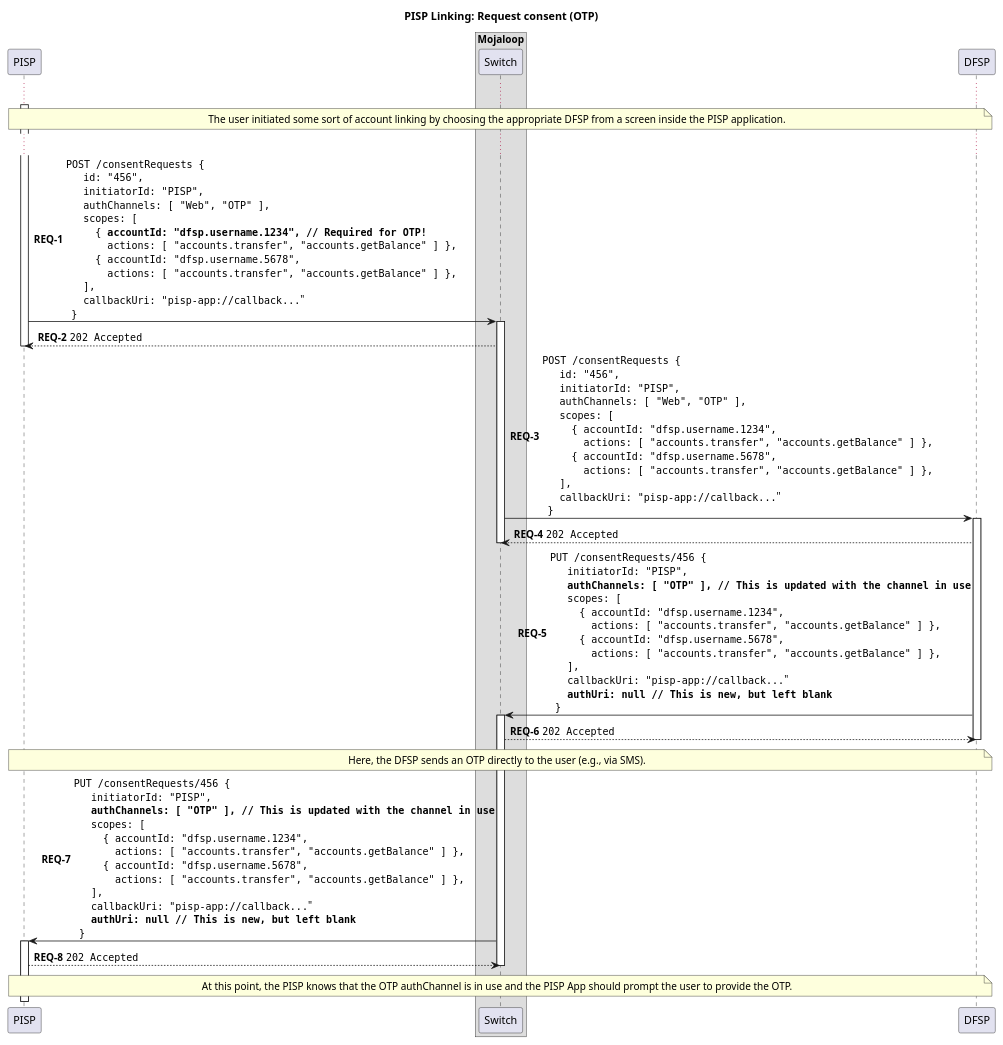
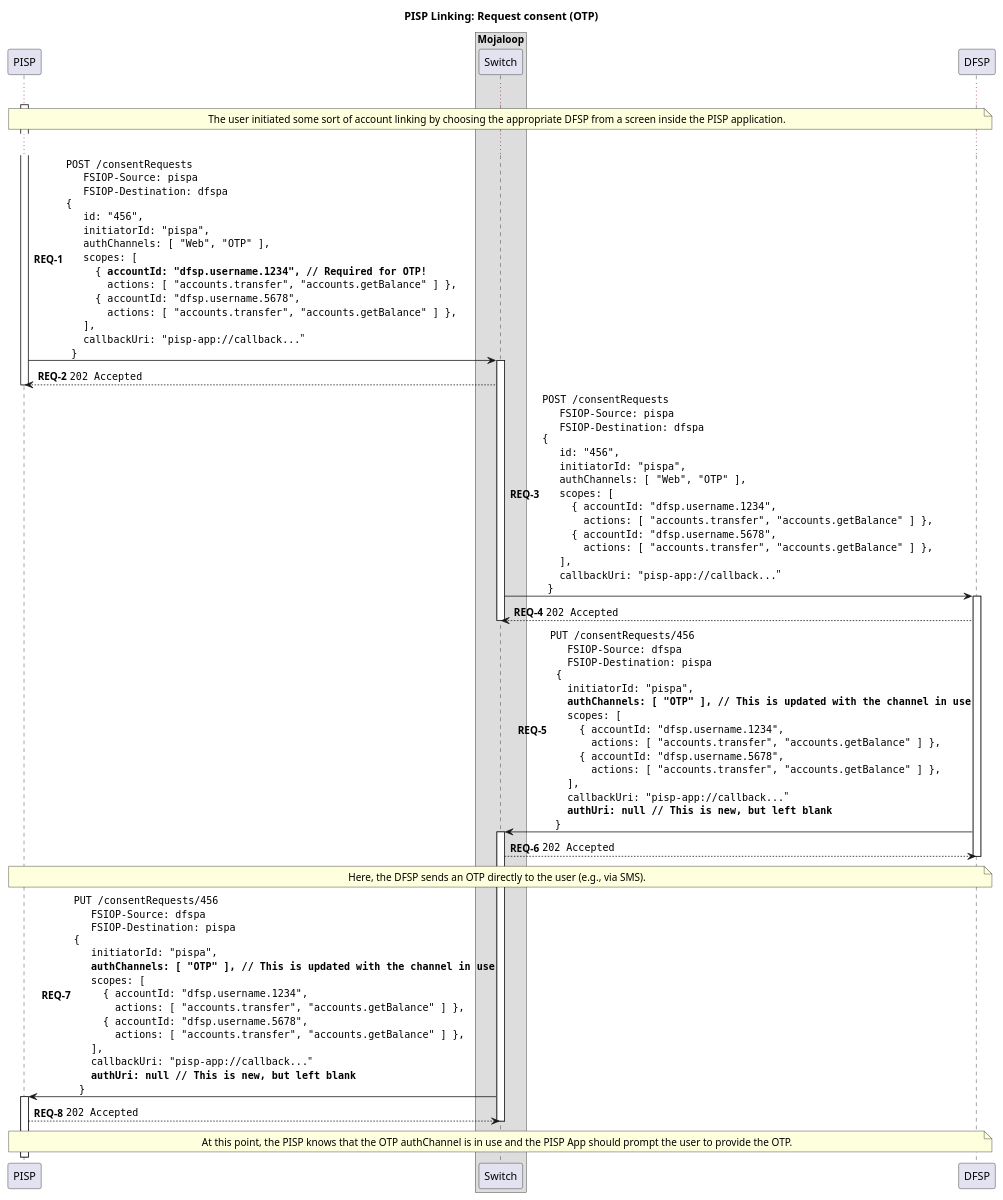
The diagram in docs/linking/2-request-consent-otp.puml (mojaloop/pisp-project), drawn with PlantUML before and after one commit. The commit also changed 12 other files, not shown here.

First line of the commit message:
feat(docs): update linking documentation to include FSPIOP-Source and -Destination headers (#59)

```diff
--- a/docs/linking/2-request-consent-otp.puml
+++ b/docs/linking/2-request-consent-otp.puml
@@ -1,94 +1,106 @@
 @startuml
 
 title PISP Linking: Request consent (OTP)
 
 participant "PISP" as PISP
 
 box "Mojaloop"
     participant Switch
 end box
 
 participant DFSP
 
 autonumber 1 "<b>REQ-#</b>"
 
 activate PISP
 
 ...
 
 note over PISP, DFSP
     The user initiated some sort of account linking by choosing the appropriate DFSP from a screen inside the PISP application.
 end note
 
 ...
 
-PISP -> Switch ++: ""POST /consentRequests {""\n\
+PISP -> Switch ++: ""POST /consentRequests""\n\
+  ""  FSIOP-Source: pispa""\n\
+  ""  FSIOP-Destination: dfspa""\n\
+""{""\n\
   ""  id: "456",""\n\
-  ""  initiatorId: "PISP",""\n\
+  ""  initiatorId: "pispa",""\n\
   ""  authChannels: [ "Web", "OTP" ],""\n\
   ""  scopes: [ ""\n\
   ""    { **accountId: "dfsp.username.1234", // Required for OTP!**""\n\
   ""      actions: [ "accounts.transfer", "accounts.getBalance" ] },""\n\
   ""    { accountId: "dfsp.username.5678",""\n\
   ""      actions: [ "accounts.transfer", "accounts.getBalance" ] },""\n\
   ""  ],""\n\
   ""  callbackUri: "pisp-app://callback..."""\n\
   ""}""
 Switch --> PISP: ""202 Accepted""
 deactivate PISP
 
-Switch -> DFSP ++:  ""POST /consentRequests {""\n\
+Switch -> DFSP ++:  ""POST /consentRequests""\n\
+  ""  FSIOP-Source: pispa""\n\
+  ""  FSIOP-Destination: dfspa""\n\
+""{""\n\
   ""  id: "456",""\n\
-  ""  initiatorId: "PISP",""\n\
+  ""  initiatorId: "pispa",""\n\
   ""  authChannels: [ "Web", "OTP" ],""\n\
   ""  scopes: [ ""\n\
   ""    { accountId: "dfsp.username.1234",""\n\
   ""      actions: [ "accounts.transfer", "accounts.getBalance" ] },""\n\
   ""    { accountId: "dfsp.username.5678",""\n\
   ""      actions: [ "accounts.transfer", "accounts.getBalance" ] },""\n\
   ""  ],""\n\
   ""  callbackUri: "pisp-app://callback..."""\n\
   ""}""
 DFSP --> Switch: ""202 Accepted""
 deactivate Switch
 
-DFSP -> Switch ++: ""PUT /consentRequests/456 {""\n\
-  ""  initiatorId: "PISP",""\n\
+DFSP -> Switch ++: ""PUT /consentRequests/456""\n\
+  ""  FSIOP-Source: dfspa""\n\
+  ""  FSIOP-Destination: pispa""\n\
+"" {""\n\
+  ""  initiatorId: "pispa",""\n\
   ""  **authChannels: [ "OTP" ], // This is updated with the channel in use**""\n\
   ""  scopes: [ ""\n\
   ""    { accountId: "dfsp.username.1234",""\n\
   ""      actions: [ "accounts.transfer", "accounts.getBalance" ] },""\n\
   ""    { accountId: "dfsp.username.5678",""\n\
   ""      actions: [ "accounts.transfer", "accounts.getBalance" ] },""\n\
   ""  ],""\n\
   ""  callbackUri: "pisp-app://callback..."""\n\
   ""  **authUri: null // This is new, but left blank**""\n\
   ""}""
 Switch --> DFSP: ""202 Accepted""
 
 note over PISP, DFSP
   Here, the DFSP sends an OTP directly to the user (e.g., via SMS).
 end note
 
 deactivate DFSP
 
-Switch -> PISP ++: ""PUT /consentRequests/456 {""\n\
-  ""  initiatorId: "PISP",""\n\
+Switch -> PISP ++: ""PUT /consentRequests/456""\n\
+  ""  FSIOP-Source: dfspa""\n\
+  ""  FSIOP-Destination: pispa""\n\
+""{""\n\
+  ""  initiatorId: "pispa",""\n\
   ""  **authChannels: [ "OTP" ], // This is updated with the channel in use**""\n\
   ""  scopes: [ ""\n\
   ""    { accountId: "dfsp.username.1234",""\n\
   ""      actions: [ "accounts.transfer", "accounts.getBalance" ] },""\n\
   ""    { accountId: "dfsp.username.5678",""\n\
   ""      actions: [ "accounts.transfer", "accounts.getBalance" ] },""\n\
   ""  ],""\n\
   ""  callbackUri: "pisp-app://callback..."""\n\
   ""  **authUri: null // This is new, but left blank**""\n\
   ""}""
 PISP --> Switch: ""202 Accepted""
 deactivate Switch
 
 note over PISP, DFSP
   At this point, the PISP knows that the OTP authChannel is in use and the PISP App should prompt the user to provide the OTP.
 end note
 
 @enduml
```
